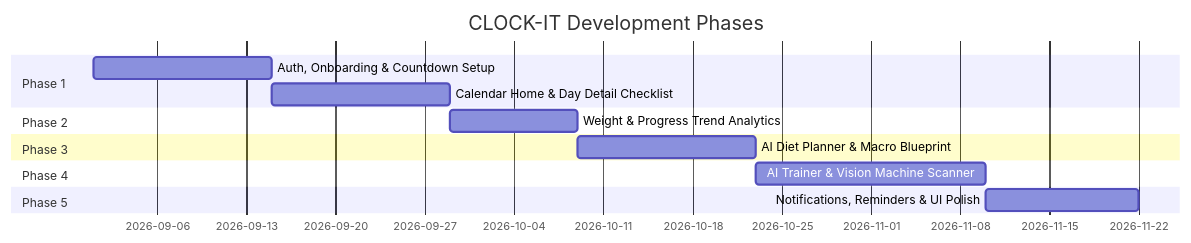
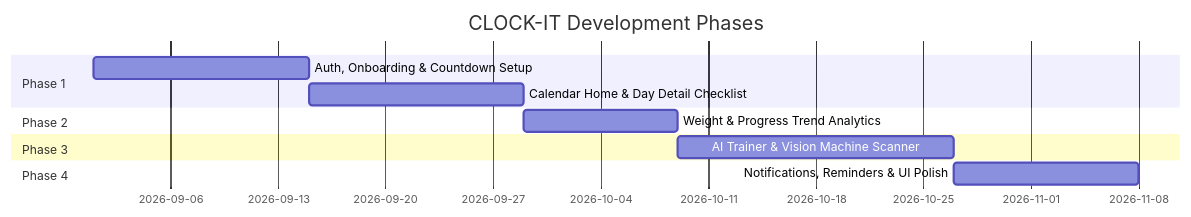
The third of 3 diagrams in CLOCK-IT-APP-SPEC.md (ankita-thakur-28/Clock-IT), drawn with Mermaid before and after one commit. The commit also changed other lines of this file and 3 other files, not shown here.

Commit message:
fix(db): execute direct postgres schema safeguards at startup, baseline flyway from 0, and expose detailed constraint violations

````diff
--- a/CLOCK-IT-APP-SPEC.md
+++ b/CLOCK-IT-APP-SPEC.md
@@ -212,16 +200,14 @@
 ```mermaid
 gantt
     title CLOCK-IT Development Phases
     dateFormat  YYYY-MM-DD
     section Phase 1
     Auth, Onboarding & Countdown Setup     :p1, 2026-09-01, 14d
     Calendar Home & Day Detail Checklist    :p2, after p1, 14d
     section Phase 2
     Weight & Progress Trend Analytics      :p3, after p2, 10d
     section Phase 3
-    AI Diet Planner & Macro Blueprint      :p4, after p3, 14d
+    AI Trainer & Vision Machine Scanner    :p4, after p3, 18d
     section Phase 4
-    AI Trainer & Vision Machine Scanner    :p5, after p4, 18d
-    section Phase 5
-    Notifications, Reminders & UI Polish   :p6, after p5, 12d
+    Notifications, Reminders & UI Polish   :p5, after p4, 12d
 ```
````
